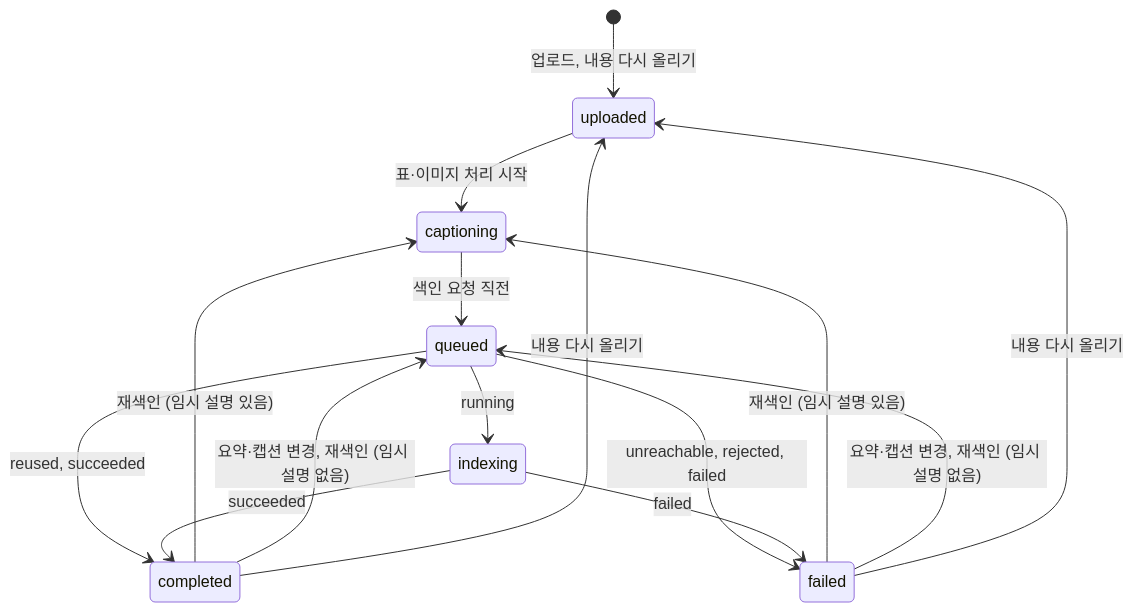
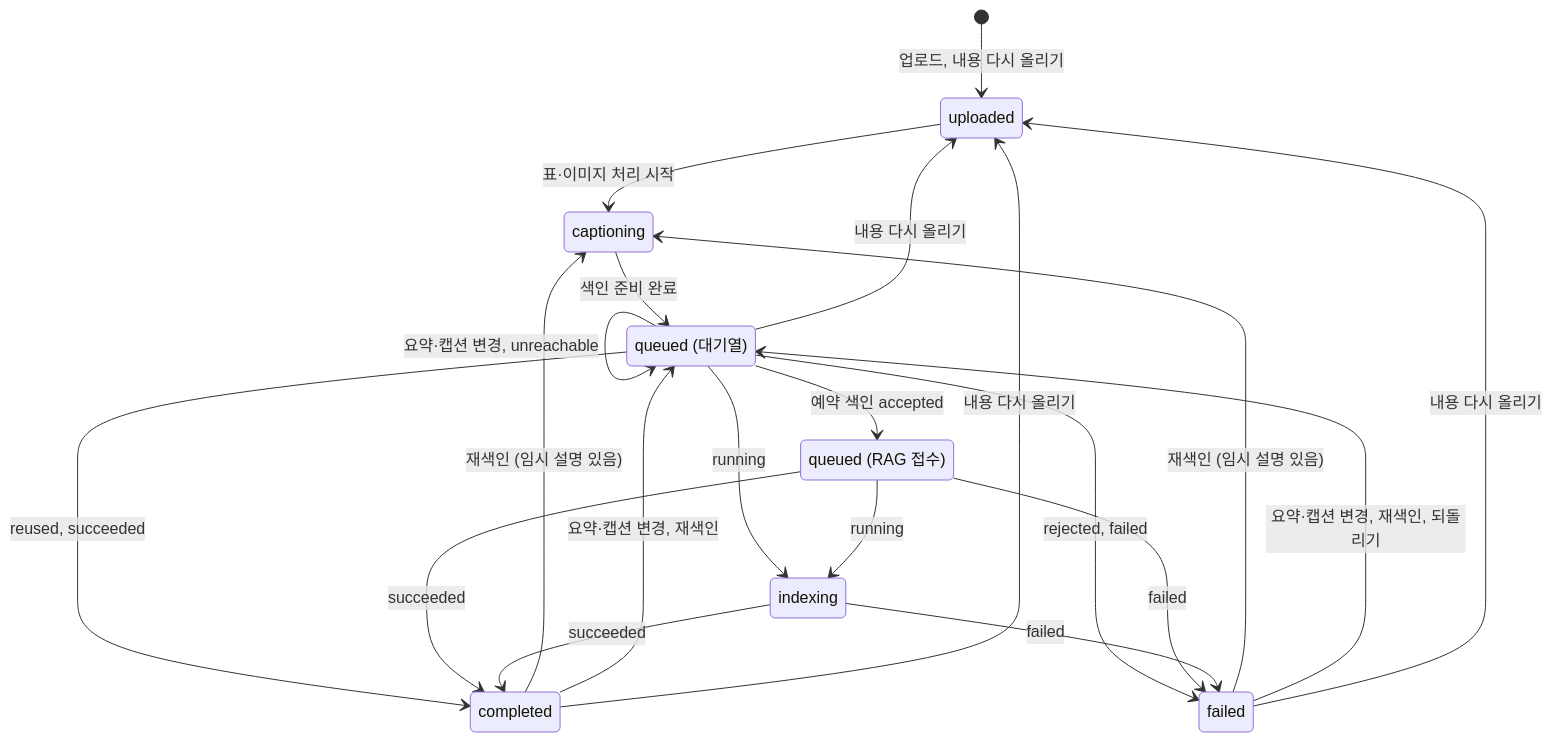
One commit to victor7-aquila/minerva changed the third of 3 diagrams in apps/backend/src/documents/MODULE.md. Above: the diagram before and after it, drawn with Mermaid. The commit also changed other lines of this file and 17 other files, not shown here.

````diff
--- a/apps/backend/src/documents/MODULE.md
+++ b/apps/backend/src/documents/MODULE.md
@@ -511,17 +578,25 @@
 ```mermaid
 stateDiagram-v2
     [*] --> uploaded: 업로드, 내용 다시 올리기
     uploaded --> captioning: 표·이미지 처리 시작
     completed --> captioning: 재색인 (임시 설명 있음)
     failed --> captioning: 재색인 (임시 설명 있음)
-    captioning --> queued: 색인 요청 직전
-    completed --> queued: 요약·캡션 변경, 재색인 (임시 설명 없음)
-    failed --> queued: 요약·캡션 변경, 재색인 (임시 설명 없음)
-    queued --> completed: reused, succeeded
-    queued --> failed: unreachable, rejected, failed
-    queued --> indexing: running
+    queued_in_queue: queued (대기열)
+    queued_at_rag: queued (RAG 접수)
+    queued_in_queue --> queued_at_rag: 예약 색인 accepted
+    captioning --> queued_in_queue: 색인 준비 완료
+    completed --> queued_in_queue: 요약·캡션 변경, 재색인
+    failed --> queued_in_queue: 요약·캡션 변경, 재색인, 되돌리기
+    queued_in_queue --> queued_in_queue: 요약·캡션 변경, unreachable
+    queued_in_queue --> uploaded: 내용 다시 올리기
+    queued_in_queue --> completed: reused, succeeded
+    queued_in_queue --> failed: rejected, failed
+    queued_in_queue --> indexing: running
+    queued_at_rag --> indexing: running
+    queued_at_rag --> completed: succeeded
+    queued_at_rag --> failed: failed
     indexing --> completed: succeeded
     indexing --> failed: failed
     completed --> uploaded: 내용 다시 올리기
     failed --> uploaded: 내용 다시 올리기
 ```
````
